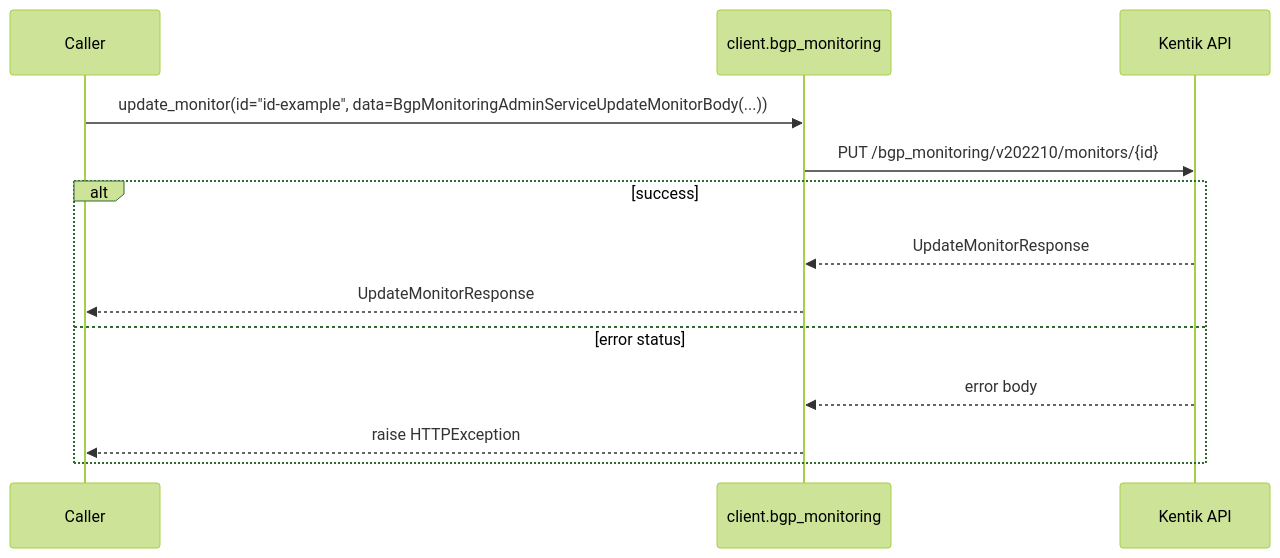
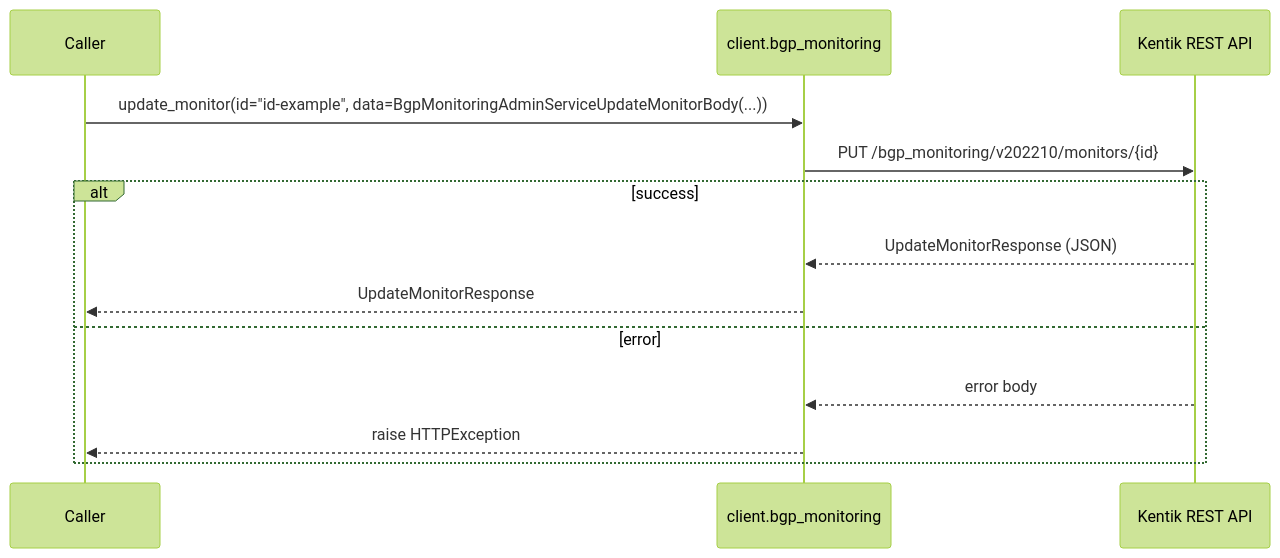
Diagram 12 of 18 in docs/sphinx/services/bgp_monitoring.md (alexdearaujo/community_sdk_python), drawn with Mermaid (forest theme) before and after one commit. The commit also changed other lines of this file and 61 other files, not shown here.

````diff
--- a/docs/sphinx/services/bgp_monitoring.md
+++ b/docs/sphinx/services/bgp_monitoring.md
@@ -277,16 +404,16 @@
 ```mermaid
 sequenceDiagram
     participant C as Caller
     participant W as client.bgp_monitoring
-    participant API as Kentik API
+    participant API as Kentik REST API
 
     C->>W: update_monitor(id="id-example", data=BgpMonitoringAdminServiceUpdateMonitorBody(...))
     W->>API: PUT /bgp_monitoring/v202210/monitors/{id}
     alt success
-        API-->>W: UpdateMonitorResponse
+        API-->>W: UpdateMonitorResponse (JSON)
         W-->>C: UpdateMonitorResponse
-    else error status
+    else error
         API-->>W: error body
         W-->>C: raise HTTPException
     end
 ```
````
